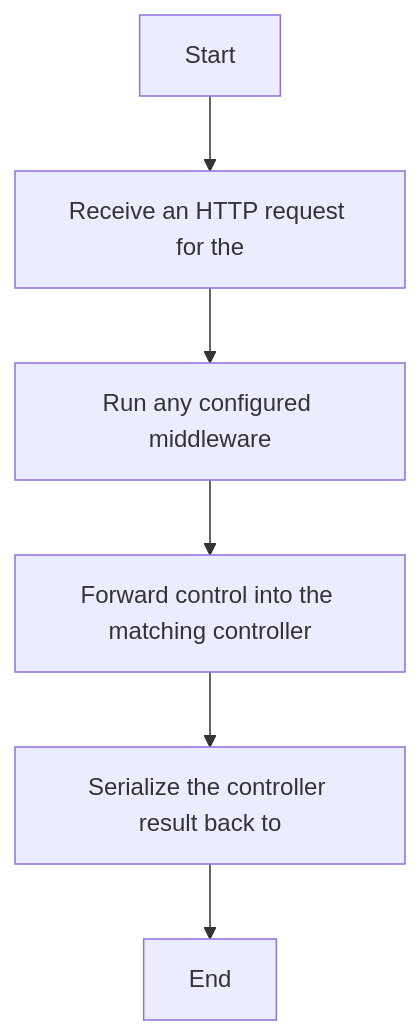
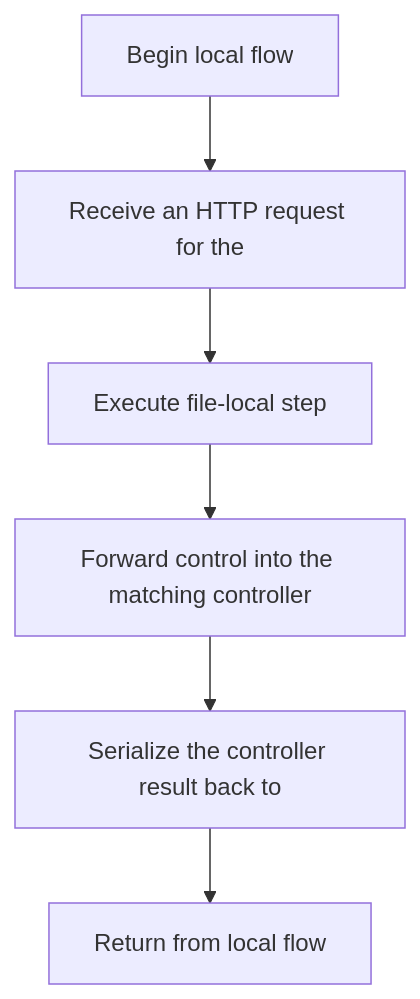
The diagram in docs/Codebase/Backend/src/routes/auth.js.md (JohnAndrewBalbarosa/NeoTerritory), drawn with Mermaid before and after one commit. The commit also changed other lines of this file and 915 other files, not shown here.

````diff
--- a/docs/Codebase/Backend/src/routes/auth.js.md
+++ b/docs/Codebase/Backend/src/routes/auth.js.md
@@ -22,14 +21,14 @@
 ```mermaid
 flowchart TD
-    Start["Start"]
+    Start["Begin local flow"]
     N0["Receive an HTTP request for the"]
-    N1["Run any configured middleware"]
+    N1["Execute file-local step"]
     N2["Forward control into the matching controller"]
     N3["Serialize the controller result back to"]
-    End["End"]
+    End["Return from local flow"]
     Start --> N0
     N0 --> N1
     N1 --> N2
     N2 --> N3
     N3 --> End
 ```
````
